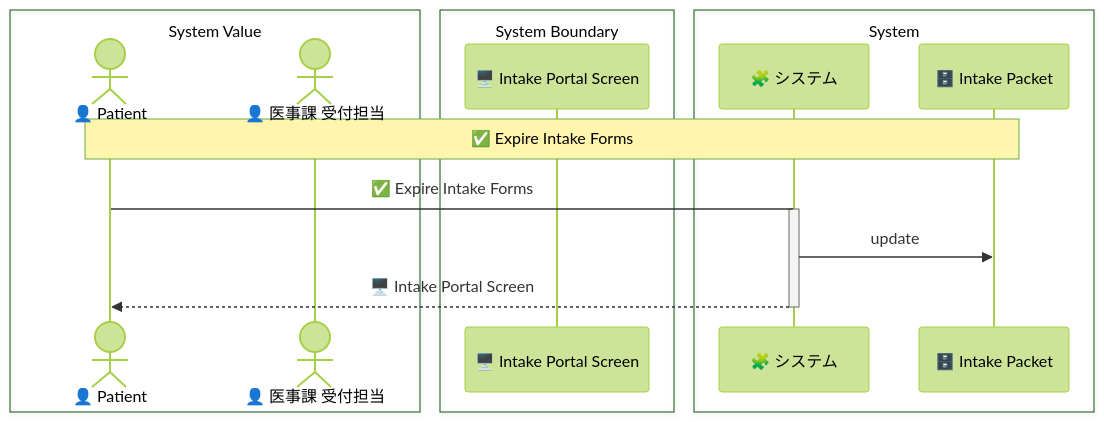
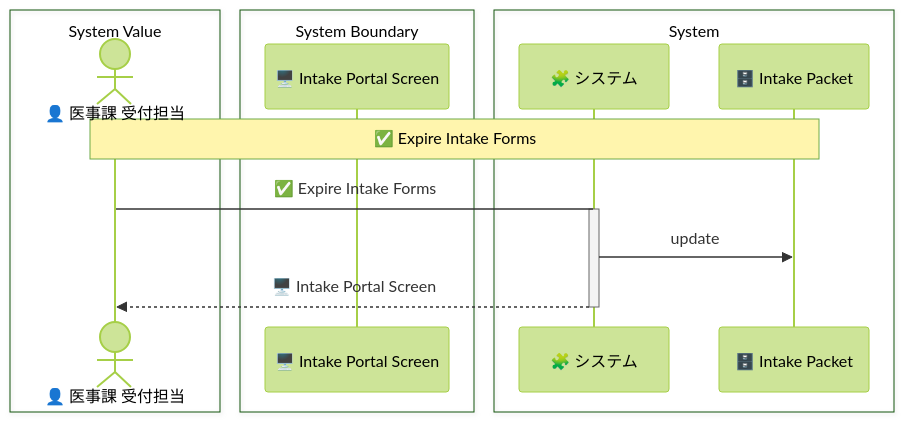
The diagram in samples/clinic-ops/out/uc/sequence_expire_intake_forms.mmd (manji-0/rdra-ish-dsl), drawn with Mermaid (forest theme) before and after one commit. The commit also changed 71 other files, not shown here.

```diff
--- a/samples/clinic-ops/out/uc/sequence_expire_intake_forms.mmd
+++ b/samples/clinic-ops/out/uc/sequence_expire_intake_forms.mmd
@@ -1,19 +1,18 @@
 sequenceDiagram
   box System Value
-    actor Patient as 👤 Patient
     actor ReceptionClerk as 👤 医事課 受付担当
   end
   box System Boundary
     participant IntakePortalScreen as 🖥️ Intake Portal Screen
   end
   box System
     participant System as 🧩 システム
     participant IntakePacket as 🗄️ Intake Packet
   end
 
-  Note over Patient,IntakePacket: ✅ Expire Intake Forms
-  Patient->System: ✅ Expire Intake Forms
+  Note over ReceptionClerk,IntakePacket: ✅ Expire Intake Forms
+  ReceptionClerk->System: ✅ Expire Intake Forms
   activate System
   System->>IntakePacket: update
-  System-->>Patient: 🖥️ Intake Portal Screen
+  System-->>ReceptionClerk: 🖥️ Intake Portal Screen
   deactivate System
```
